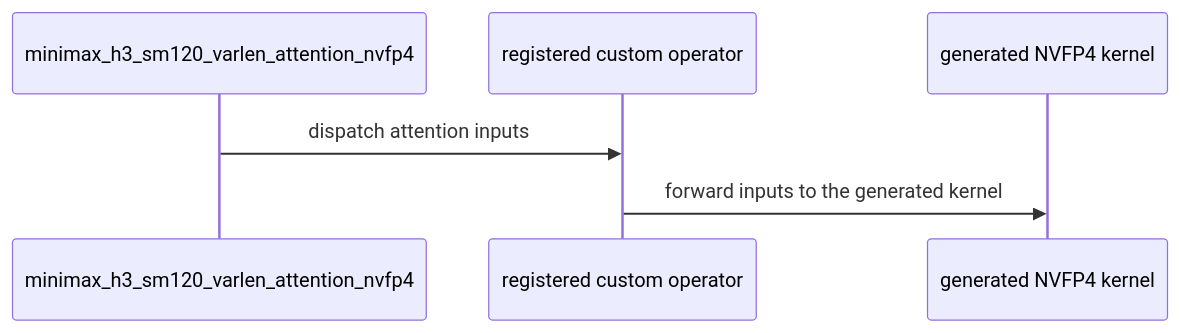
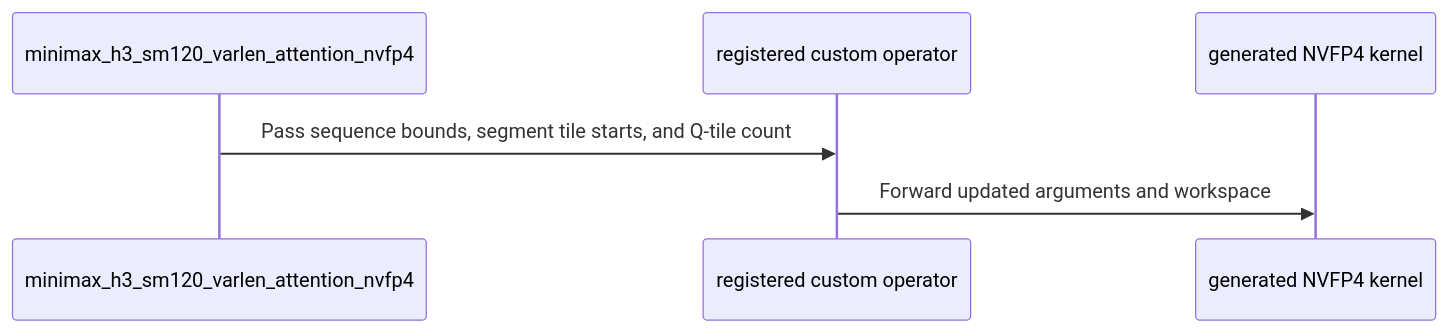
One commit to vincenjiang0707/ai-infra-knowledge-sources changed the diagram in sources/SRC-068/github_details/gh_bfb54282/pr_5545.md. Above: the diagram before and after it, drawn with Mermaid. The commit also changed other lines of this file and 7887 other files, not shown here.

````diff
--- a/sources/SRC-068/github_details/gh_bfb54282/pr_5545.md
+++ b/sources/SRC-068/github_details/gh_bfb54282/pr_5545.md
@@ -132,8 +248,8 @@
 ```mermaid
 sequenceDiagram
   participant AttentionAPI as minimax_h3_sm120_varlen_attention_nvfp4
   participant CustomOp as registered custom operator
   participant Kernel as generated NVFP4 kernel
-  AttentionAPI->>CustomOp: dispatch attention inputs
-  CustomOp->>Kernel: forward inputs to the generated kernel
+  AttentionAPI->>CustomOp: Pass sequence bounds, segment tile starts, and Q-tile count
+  CustomOp->>Kernel: Forward updated arguments and workspace
 ```
````
